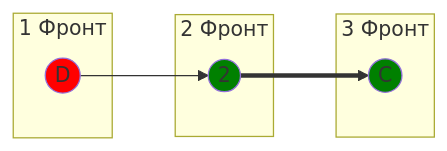
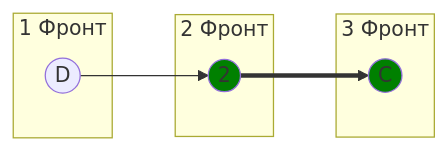
One commit to algos-ris-24-5/manual-tasks changed the sixth of 11 diagrams in Задание 8/DIVI.md. Above: the diagram before and after it, drawn with Mermaid. The commit also changed other lines of this file, not shown here.

````diff
--- a/Задание 8/DIVI.md
+++ b/Задание 8/DIVI.md
@@ -202,17 +196,17 @@
 ```mermaid
 graph LR
     subgraph "1 Фронт"
         D((D))
     end
     subgraph "2 Фронт"
         2((2))
     end
     subgraph "3 Фронт"
         C((C))
     end
     D --> 2 ==> C
     
-    style D fill:#FF0000
+
     style C fill:#008000
     style 2 fill:#008000
 ```
````
